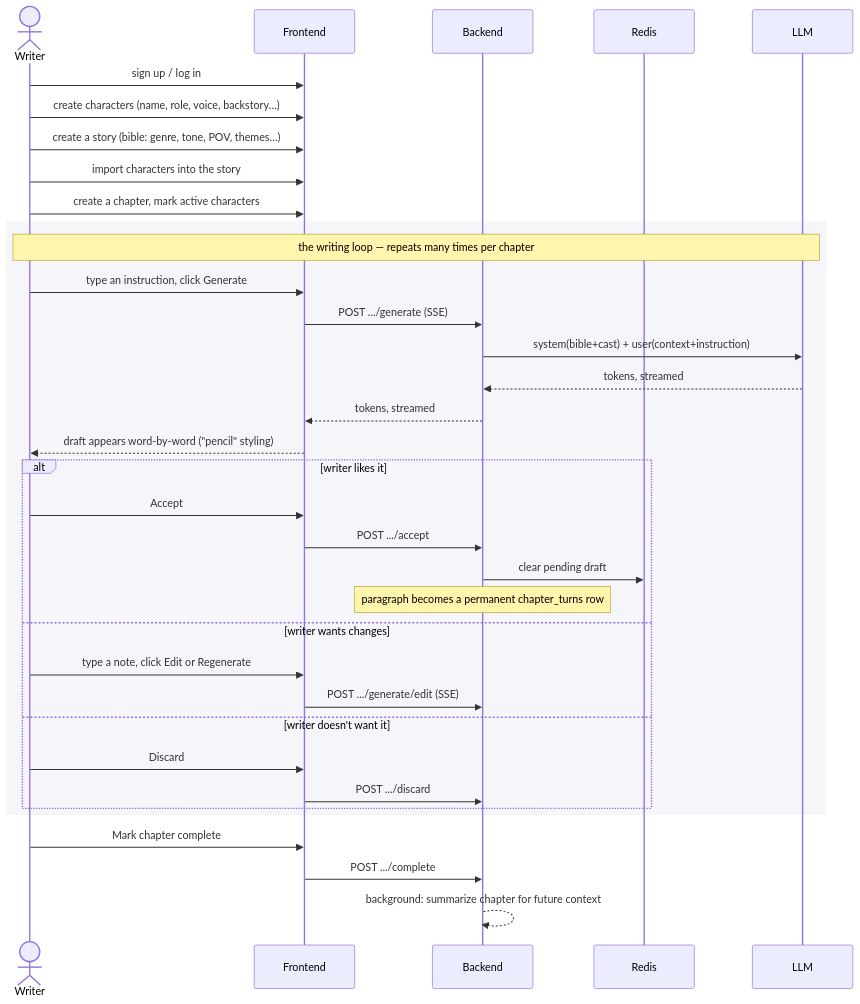
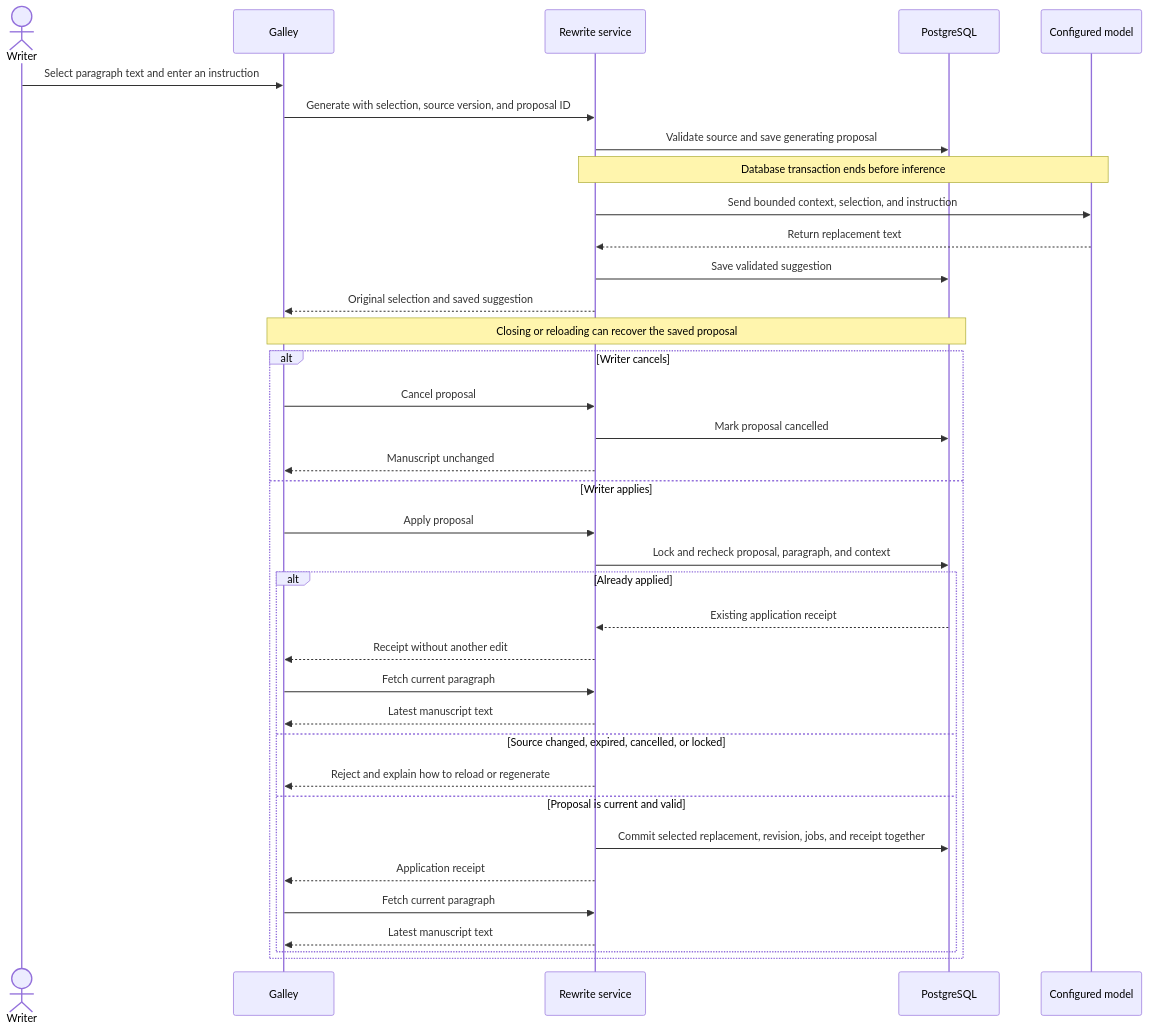
One commit to shivansh-2003/Story changed the eighth of 13 diagrams in README.md. Above: the diagram before and after it, drawn with Mermaid. The commit also changed other lines of this file and 57 other files, not shown here.

````diff
--- a/README.md
+++ b/README.md
@@ -87,40 +246,38 @@
 ```mermaid
 sequenceDiagram
-    actor W as Writer
-    participant FE as Frontend
-    participant BE as Backend
-    participant Redis
-    participant LLM
-
-    W->>FE: sign up / log in
-    W->>FE: create characters (name, role, voice, backstory…)
-    W->>FE: create a story (bible: genre, tone, POV, themes…)
-    W->>FE: import characters into the story
-    W->>FE: create a chapter, mark active characters
-
-    rect rgb(245, 245, 250)
-    note over W,LLM: the writing loop — repeats many times per chapter
-    W->>FE: type an instruction, click Generate
-    FE->>BE: POST .../generate (SSE)
-    BE->>LLM: system(bible+cast) + user(context+instruction)
-    LLM-->>BE: tokens, streamed
-    BE-->>FE: tokens, streamed
-    FE-->>W: draft appears word-by-word ("pencil" styling)
-    alt writer likes it
-        W->>FE: Accept
-        FE->>BE: POST .../accept
-        BE->>Redis: clear pending draft
-        note over BE: paragraph becomes a permanent chapter_turns row
-    else writer wants changes
-        W->>FE: type a note, click Edit or Regenerate
-        FE->>BE: POST .../generate/edit (SSE)
-    else writer doesn't want it
-        W->>FE: Discard
-        FE->>BE: POST .../discard
+    actor Writer
+    participant UI as Galley
+    participant API as Rewrite service
+    participant DB as PostgreSQL
+    participant AI as Configured model
+    Writer->>UI: Select paragraph text and enter an instruction
+    UI->>API: Generate with selection, source version, and proposal ID
+    API->>DB: Validate source and save generating proposal
+    Note over API,AI: Database transaction ends before inference
+    API->>AI: Send bounded context, selection, and instruction
+    AI-->>API: Return replacement text
+    API->>DB: Save validated suggestion
+    API-->>UI: Original selection and saved suggestion
+    Note over UI,DB: Closing or reloading can recover the saved proposal
+    alt Writer cancels
+        UI->>API: Cancel proposal
+        API->>DB: Mark proposal cancelled
+        API-->>UI: Manuscript unchanged
+    else Writer applies
+        UI->>API: Apply proposal
+        API->>DB: Lock and recheck proposal, paragraph, and context
+        alt Already applied
+            DB-->>API: Existing application receipt
+            API-->>UI: Receipt without another edit
+            UI->>API: Fetch current paragraph
+            API-->>UI: Latest manuscript text
+        else Source changed, expired, cancelled, or locked
+            API-->>UI: Reject and explain how to reload or regenerate
+        else Proposal is current and valid
+            API->>DB: Commit selected replacement, revision, jobs, and receipt together
+            API-->>UI: Application receipt
+            UI->>API: Fetch current paragraph
+            API-->>UI: Latest manuscript text
+        end
     end
-    end
-
-    W->>FE: Mark chapter complete
-    FE->>BE: POST .../complete
-    BE-->>BE: background: summarize chapter for future context
 ```
````
